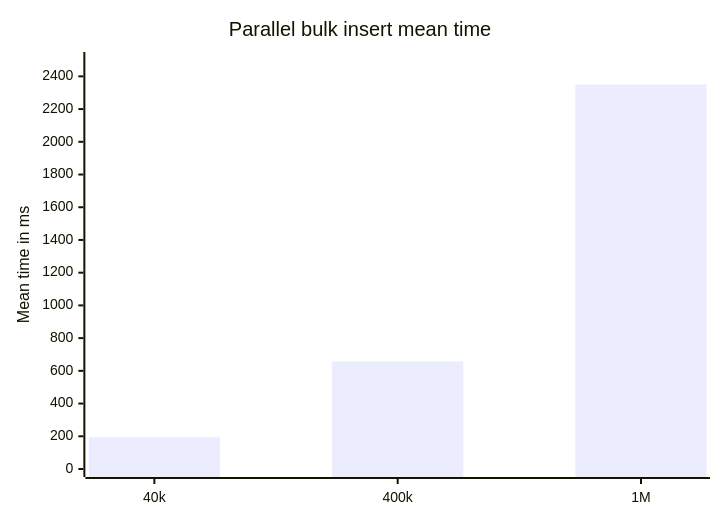
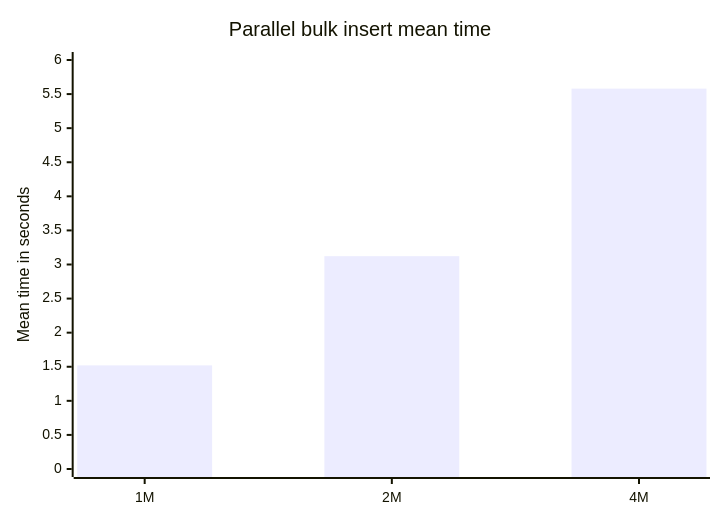
One commit to SolidArcSoftware/DataArc.EntityFrameworkCore changed the fourth of 7 diagrams in README.md. Above: the diagram before and after it, drawn with Mermaid. The commit also changed other lines of this file and 11 other files, not shown here.

````diff
--- a/README.md
+++ b/README.md
@@ -402,7 +408,7 @@
 ```mermaid
 xychart-beta
     title "Parallel bulk insert mean time"
-    x-axis ["40k", "400k", "1M"]
-    y-axis "Mean time in ms" 0 --> 2500
-    bar [193.7, 657.2, 2350.7]
+    x-axis ["1M", "2M", "4M"]
+    y-axis "Mean time in seconds" 0 --> 6
+    bar [1.520, 3.122, 5.580]
 ```
````
